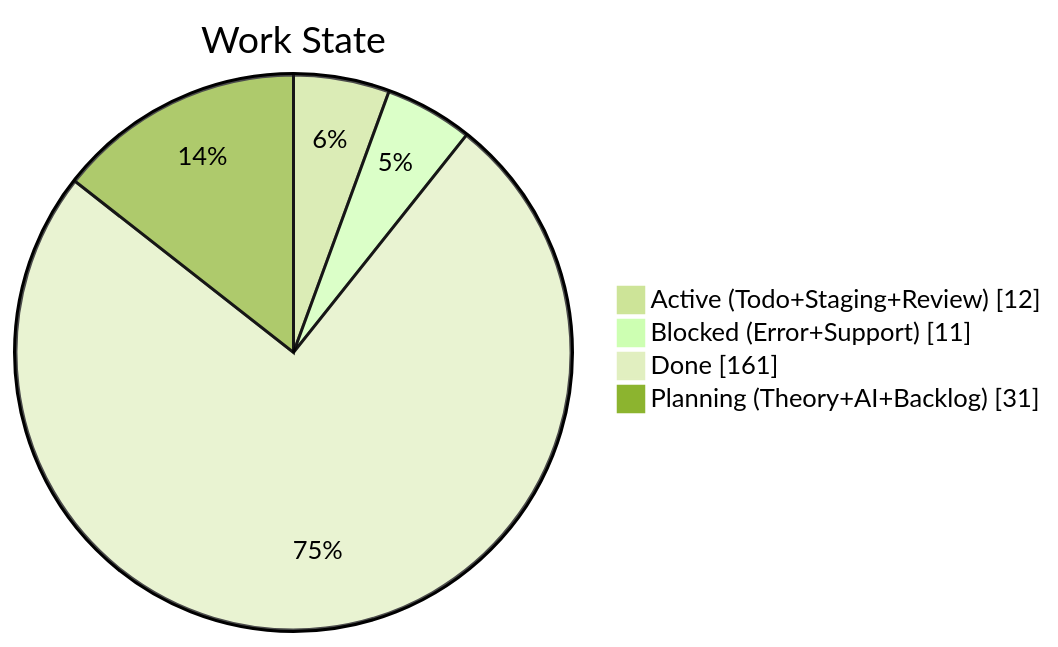
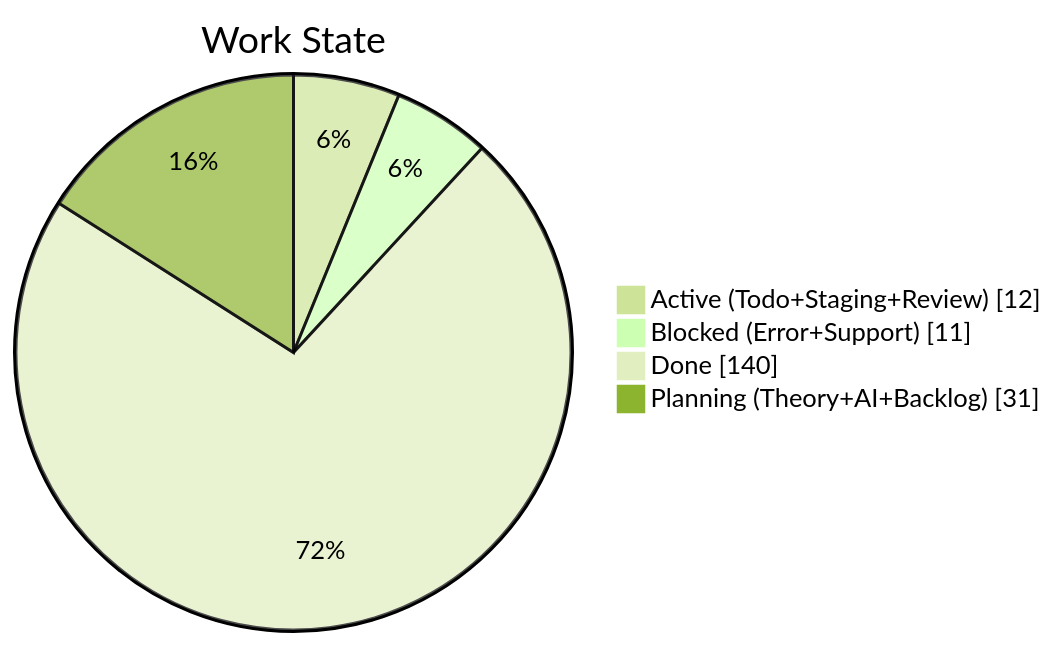
One commit to KBVE/kbve changed the second of 4 diagrams in apps/kbve/astro-kbve/src/content/docs/dashboard/kanban-data.mdx. Above: the diagram before and after it, drawn with Mermaid (forest theme). The commit also changed other lines of this file and 8 other files, not shown here.

````diff
--- a/apps/kbve/astro-kbve/src/content/docs/dashboard/kanban-data.mdx
+++ b/apps/kbve/astro-kbve/src/content/docs/dashboard/kanban-data.mdx
@@ -68,8 +68,8 @@
 ```mermaid
 pie showData
     title Work State
     "Active (Todo+Staging+Review)" : 12
     "Blocked (Error+Support)" : 11
-    "Done" : 161
+    "Done" : 140
     "Planning (Theory+AI+Backlog)" : 31
 ```
````
